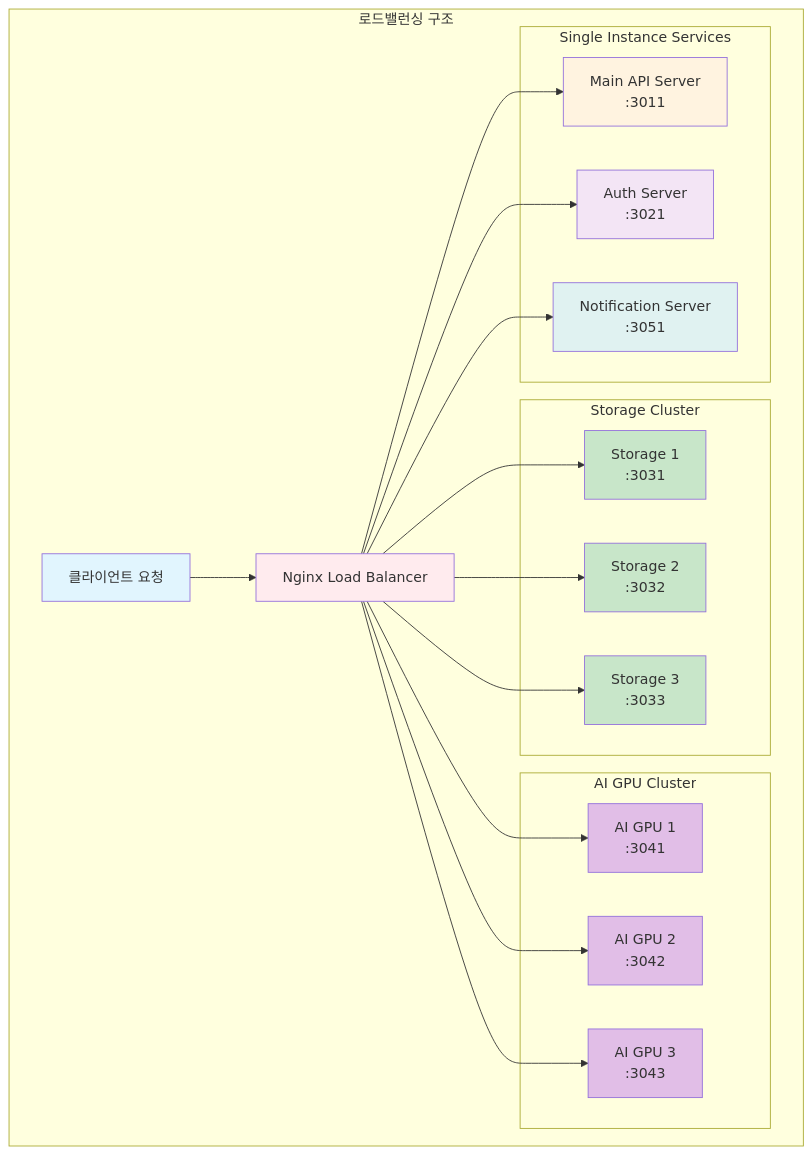
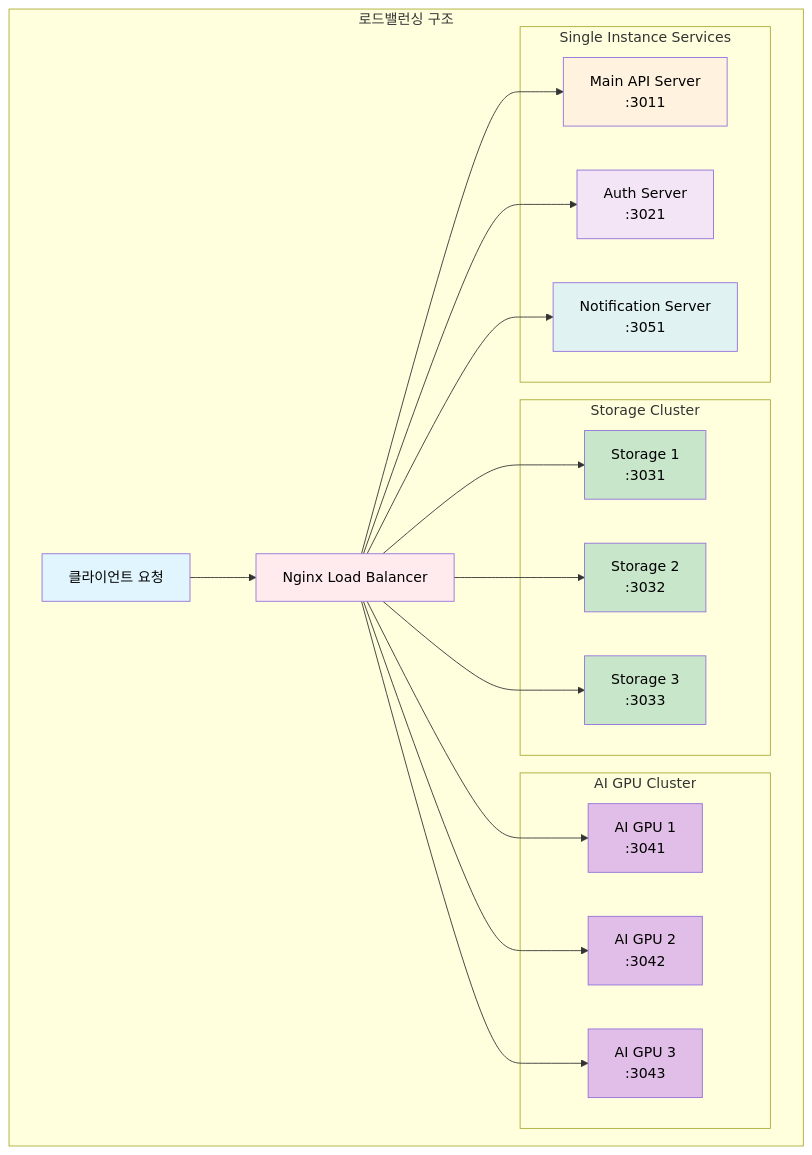
Before and after one commit to isinthesky/isinthesky: the second of 2 diagrams in study/msa-experience/2-route.md, drawn with Mermaid. The commit also changed other lines of this file and 4 other files, not shown here.

````diff
--- a/study/msa-experience/2-route.md
+++ b/study/msa-experience/2-route.md
@@ -85,48 +85,48 @@
 ```mermaid
 graph TB
     subgraph "로드밸런싱 구조"
         Client[클라이언트 요청]
         Nginx[Nginx Load Balancer]
         
         subgraph "Storage Cluster"
             STORAGE1[Storage 1<br/>:3031]
             STORAGE2[Storage 2<br/>:3032]
             STORAGE3[Storage 3<br/>:3033]
         end
         
         subgraph "AI GPU Cluster"
             AI1[AI GPU 1<br/>:3041]
             AI2[AI GPU 2<br/>:3042]
             AI3[AI GPU 3<br/>:3043]
         end
         
         subgraph "Single Instance Services"
             MAIN[Main API Server<br/>:3011]
             AUTH[Auth Server<br/>:3021]
             NOTI[Notification Server<br/>:3051]
         end
     end
     
     Client --> Nginx
     Nginx --> STORAGE1
     Nginx --> STORAGE2
     Nginx --> STORAGE3
     Nginx --> AI1
     Nginx --> AI2
     Nginx --> AI3
     Nginx --> MAIN
     Nginx --> AUTH
     Nginx --> NOTI
     
-    style Client fill:#e1f5fe
-    style Nginx fill:#ffebee
-    style STORAGE1 fill:#c8e6c9
-    style STORAGE2 fill:#c8e6c9
-    style STORAGE3 fill:#c8e6c9
-    style AI1 fill:#e1bee7
-    style AI2 fill:#e1bee7
-    style AI3 fill:#e1bee7
-    style MAIN fill:#fff3e0
-    style AUTH fill:#f3e5f5
-    style NOTI fill:#e0f2f1
+    style Client fill:#e1f5fe,color:#000
+    style Nginx fill:#ffebee,color:#000
+    style STORAGE1 fill:#c8e6c9,color:#000
+    style STORAGE2 fill:#c8e6c9,color:#000
+    style STORAGE3 fill:#c8e6c9,color:#000
+    style AI1 fill:#e1bee7,color:#000
+    style AI2 fill:#e1bee7,color:#000
+    style AI3 fill:#e1bee7,color:#000
+    style MAIN fill:#fff3e0,color:#000
+    style AUTH fill:#f3e5f5,color:#000
+    style NOTI fill:#e0f2f1,color:#000
 ```
````
